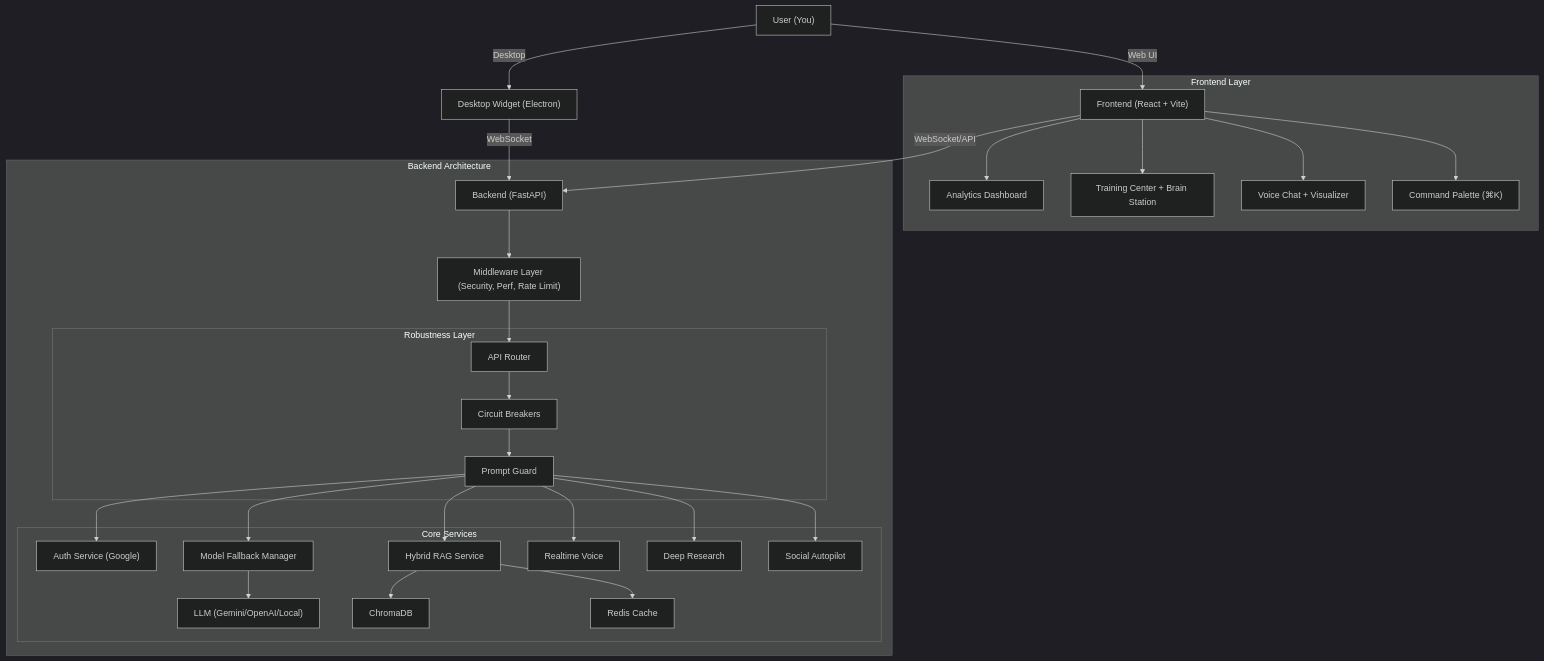
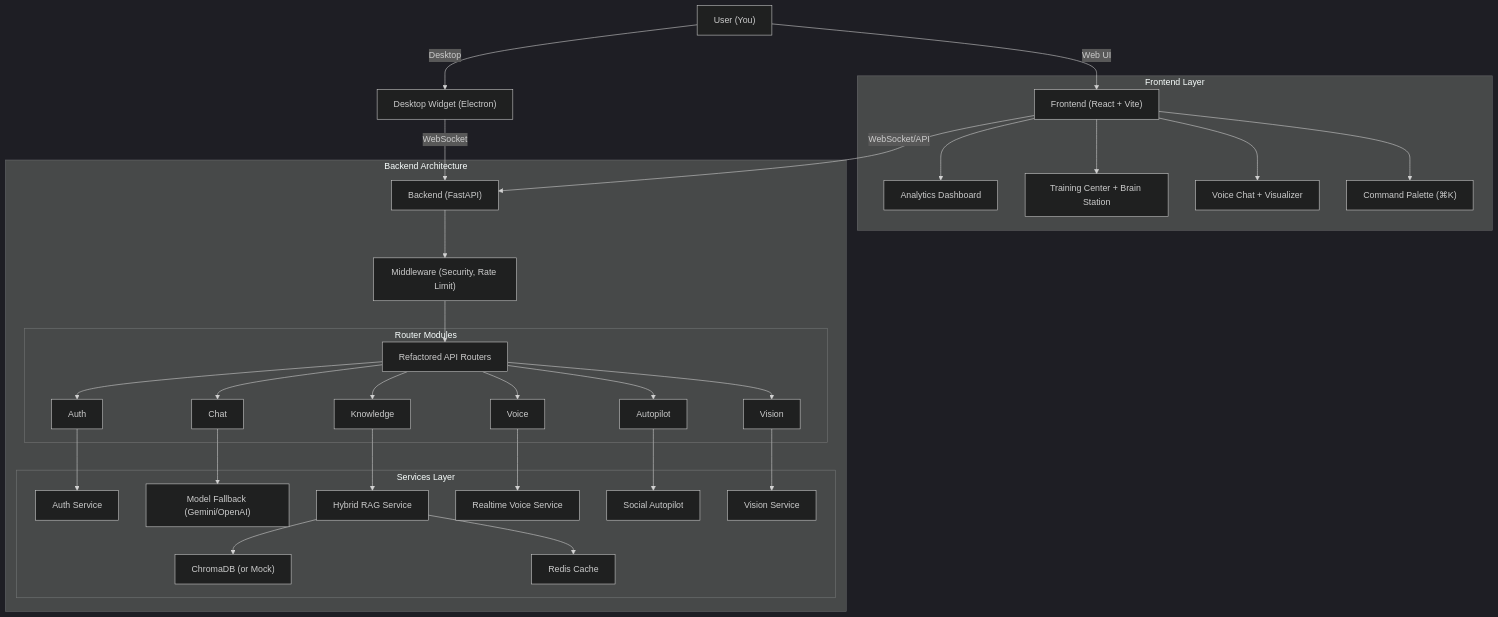
The first of 2 diagrams in README.md (ChiragNSundar/Chirag-clone), drawn with Mermaid (dark theme) before and after one commit. The commit also changed other lines of this file, not shown here.

````diff
--- a/README.md
+++ b/README.md
@@ -131,39 +131,42 @@
 ```mermaid
 graph TD
     User["User (You)"] -->|Web UI| Frontend["Frontend (React + Vite)"]
     User -->|Desktop| Widget["Desktop Widget (Electron)"]
     
     subgraph "Frontend Layer"
         Frontend --> Dashboard["Analytics Dashboard"]
         Frontend --> Training["Training Center + Brain Station"]
         Frontend --> Chat["Voice Chat + Visualizer"]
         Frontend --> Command["Command Palette (⌘K)"]
     end
     
     Widget -->|WebSocket| Backend
     Frontend -->|WebSocket/API| Backend["Backend (FastAPI)"]
     
     subgraph "Backend Architecture"
-        Backend --> Middle["Middleware Layer (Security, Perf, Rate Limit)"]
-        Middle --> Router["API Router"]
+        Backend --> Middle["Middleware (Security, Rate Limit)"]
+        Middle --> Router["Refactored API Routers"]
         
-        subgraph "Robustness Layer"
-            Router --> CB["Circuit Breakers"]
-            CB --> Guard["Prompt Guard"]
+        subgraph "Router Modules"
+            Router --> R_Auth["Auth"]
+            Router --> R_Chat["Chat"]
+            Router --> R_Voice["Voice"]
+            Router --> R_Know["Knowledge"]
+            Router --> R_Auto["Autopilot"]
+            Router --> R_Vis["Vision"]
         end
-        
-        subgraph "Core Services"
-            Guard --> Auth["Auth Service (Google)"]
-            Guard --> Fallback["Model Fallback Manager"]
-            Fallback --> L["LLM (Gemini/OpenAI/Local)"]
+
+        subgraph "Services Layer"
+            R_Auth --> Auth["Auth Service"]
+            R_Chat --> Fallback["Model Fallback (Gemini/OpenAI)"]
             
-            Guard --> RAG["Hybrid RAG Service"]
-            RAG --> Chroma["ChromaDB"]
+            R_Know --> RAG["Hybrid RAG Service"]
+            RAG --> Chroma["ChromaDB (or Mock)"]
             RAG --> Redis["Redis Cache"]
             
-            Guard --> Realtime["Realtime Voice"]
-            Guard --> Research["Deep Research"]
-            Guard --> Auto["Social Autopilot"]
+            R_Voice --> Realtime["Realtime Voice Service"]
+            R_Auto --> Social["Social Autopilot"]
+            R_Vis --> Vision["Vision Service"]
         end
     end
 ```
````
